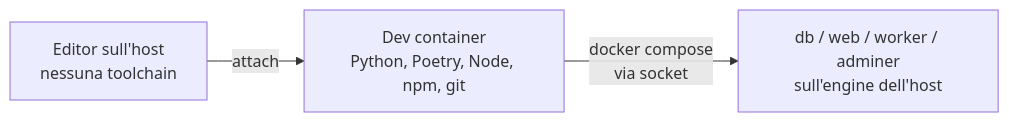
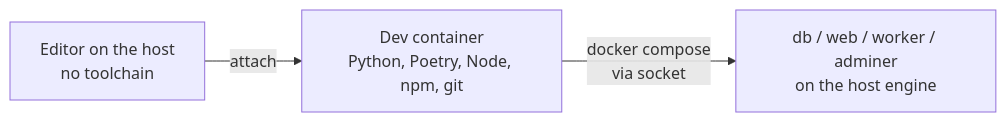
The diagram in docs/infrastructure/dev-container.md (caporalesimone/watch-em-all), drawn with Mermaid before and after one commit. The commit also changed other lines of this file and 106 other files, not shown here.

````diff
--- a/docs/infrastructure/dev-container.md
+++ b/docs/infrastructure/dev-container.md
@@ -51,5 +52,5 @@
 ```mermaid
 flowchart LR
-    E[Editor sull'host<br/>nessuna toolchain] -->|attach| DC[Dev container<br/>Python, Poetry, Node, npm, git]
-    DC -->|docker compose<br/>via socket| STACK[db / web / worker / adminer<br/>sull'engine dell'host]
+    E[Editor on the host<br/>no toolchain] -->|attach| DC[Dev container<br/>Python, Poetry, Node, npm, git]
+    DC -->|docker compose<br/>via socket| STACK[db / web / worker / adminer<br/>on the host engine]
 ```
````
